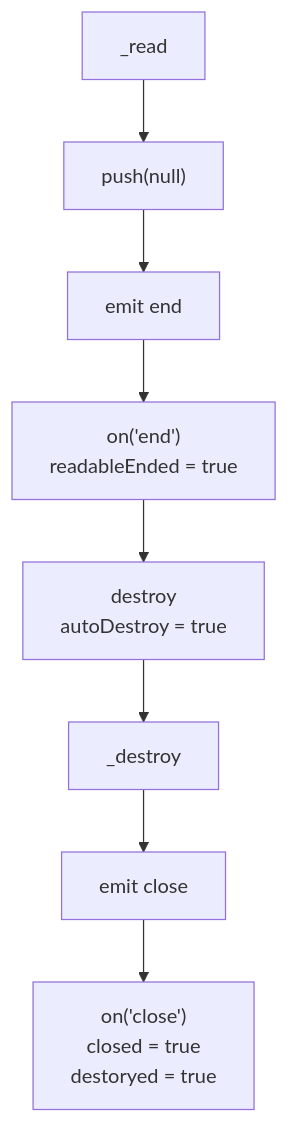
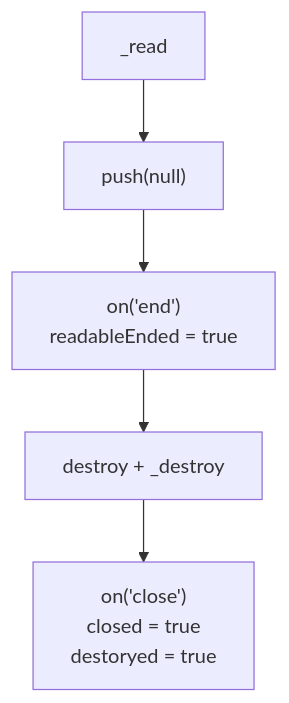
One commit to samuel871211/yusheng-tech-blog changed the third of 5 diagrams in docs/nodejs/stream-readable.md. Above: the diagram before and after it, drawn with Mermaid. The commit also changed other lines of this file and 2 other files, not shown here.

Commit message:
feat: readable, writable ing

````diff
--- a/docs/nodejs/stream-readable.md
+++ b/docs/nodejs/stream-readable.md
@@ -332,10 +309,7 @@
 ```mermaid
 flowchart TD
     A[_read] --> B["push(null)"]
-    B --> C[emit end]
-    C --> D["on('end')<br/>readableEnded = true"]
-    D --> E[destroy<br/>autoDestroy = true]
-    E --> F[_destroy]
-    F --> G[emit close]
-    G --> H["on('close')<br/>closed = true<br/>destoryed = true"]
+    B --> C["on('end')<br/>readableEnded = true"]
+    C --> D[destroy + _destroy]
+    D --> E["on('close')<br/>closed = true<br/>destoryed = true"]
 ```
````
